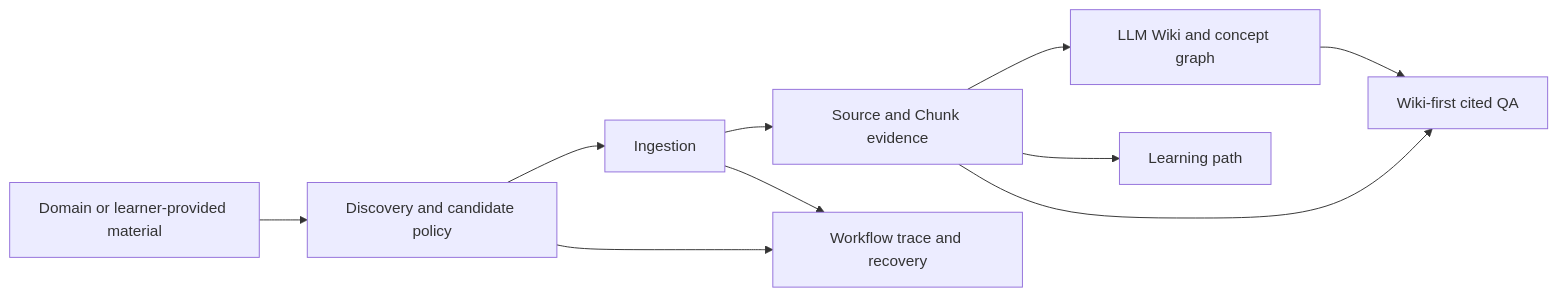
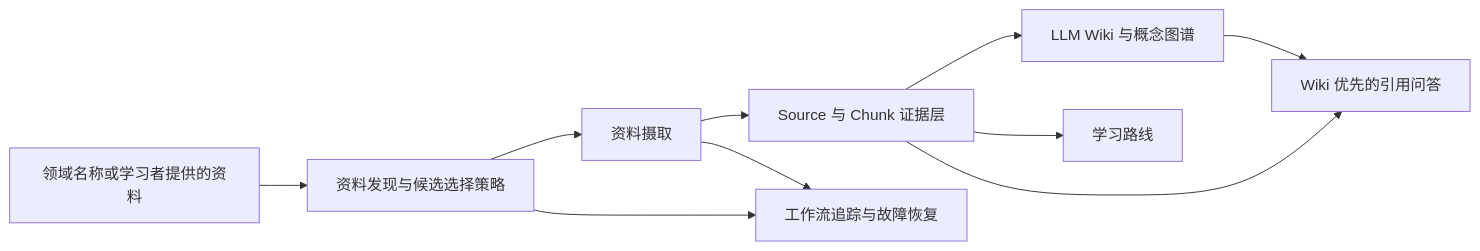
Before and after one commit to zhdchips/domain-atlas: the diagram in README.md, drawn with Mermaid. The commit also changed other lines of this file, not shown here.

````diff
--- a/README.md
+++ b/README.md
@@ -37,12 +27,12 @@
 ```mermaid
 flowchart LR
-    A[Domain or learner-provided material] --> B[Discovery and candidate policy]
-    B --> C[Ingestion]
-    C --> D[Source and Chunk evidence]
-    D --> E[LLM Wiki and concept graph]
-    D --> F[Learning path]
-    E --> G[Wiki-first cited QA]
+    A[领域名称或学习者提供的资料] --> B[资料发现与候选选择策略]
+    B --> C[资料摄取]
+    C --> D[Source 与 Chunk 证据层]
+    D --> E[LLM Wiki 与概念图谱]
+    D --> F[学习路线]
+    E --> G[Wiki 优先的引用问答]
     D --> G
-    B --> H[Workflow trace and recovery]
+    B --> H[工作流追踪与故障恢复]
     C --> H
 ```
````
